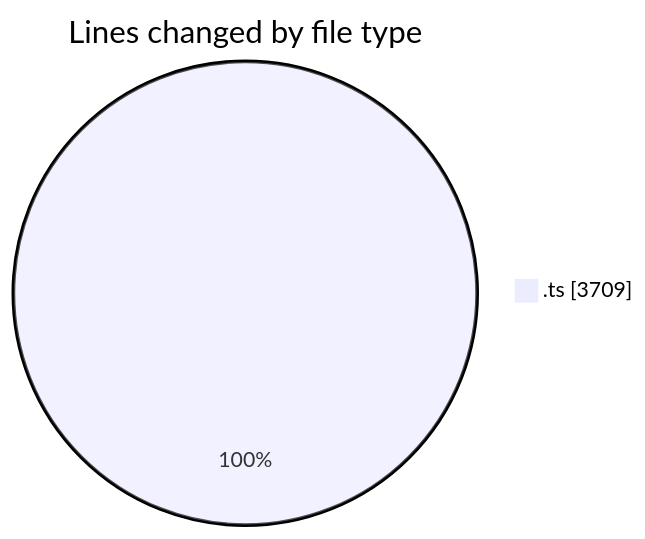
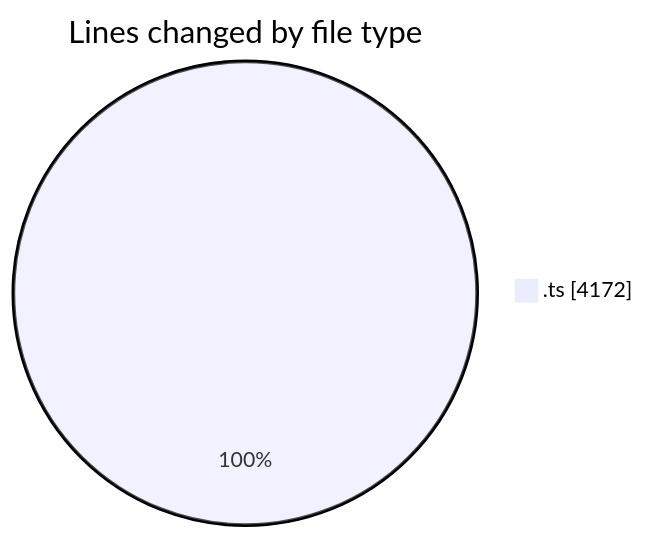
The first of 2 diagrams in 2025-06-27/cda/README.md (momahboobian/code-tracking), drawn with Mermaid before and after one commit. The commit also changed other lines of this file and 1 other file, not shown here.

````diff
--- a/2025-06-27/cda/README.md
+++ b/2025-06-27/cda/README.md
@@ -26,5 +26,5 @@
 ```mermaid
 pie showData
 title Lines changed by file type
-".ts" : 3709
+".ts" : 4172
 ```
````
